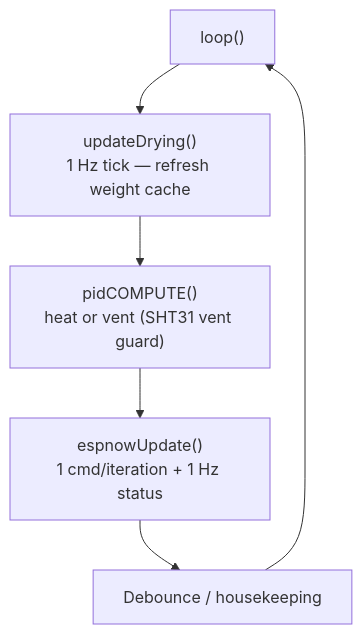
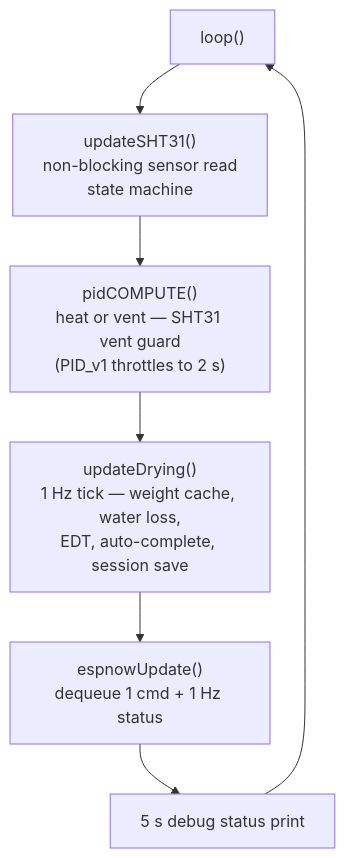
The second of 5 diagrams in docs/diagrams/flow-chart.md (qppd/multi-dryer), drawn with Mermaid before and after one commit. The commit also changed other lines of this file and 7 other files, not shown here.

````diff
--- a/docs/diagrams/flow-chart.md
+++ b/docs/diagrams/flow-chart.md
@@ -29,8 +30,9 @@
 ```mermaid
 flowchart TD
-    A["loop()"] --> B["updateDrying()<br/>1 Hz tick — refresh weight cache"]
-    B --> C["pidCOMPUTE()<br/>heat or vent (SHT31 vent guard)"]
-    C --> D["espnowUpdate()<br/>1 cmd/iteration + 1 Hz status"]
-    D --> E["Debounce / housekeeping"]
-    E --> A
+    A["loop()"] --> B["updateSHT31()<br/>non-blocking sensor read<br/>state machine"]
+    B --> C["pidCOMPUTE()<br/>heat or vent — SHT31 vent guard<br/>(PID_v1 throttles to 2 s)"]
+    C --> D["updateDrying()<br/>1 Hz tick — weight cache, water loss,<br/>EDT, auto-complete, session save"]
+    D --> E["espnowUpdate()<br/>dequeue 1 cmd + 1 Hz status"]
+    E --> F["5 s debug status print"]
+    F --> A
 ```
````
